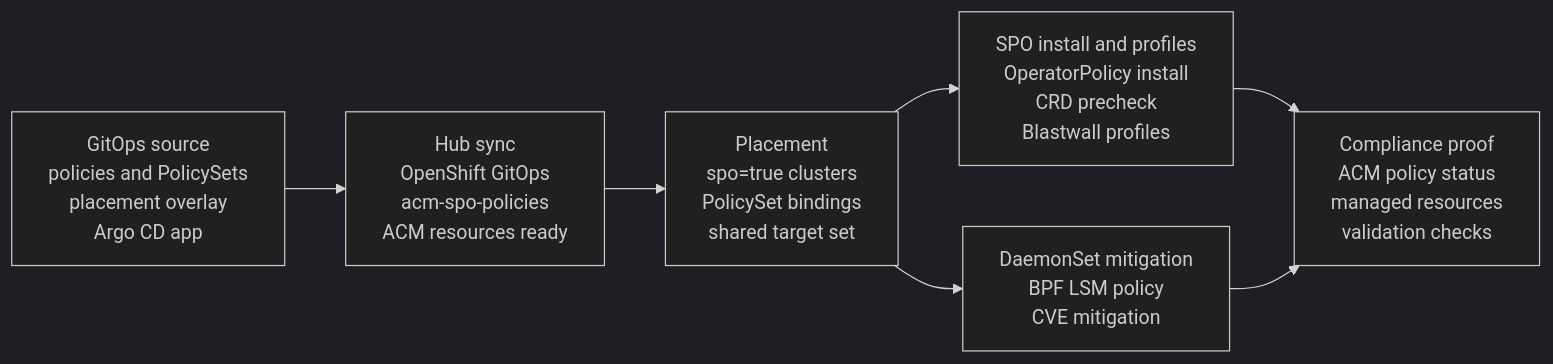
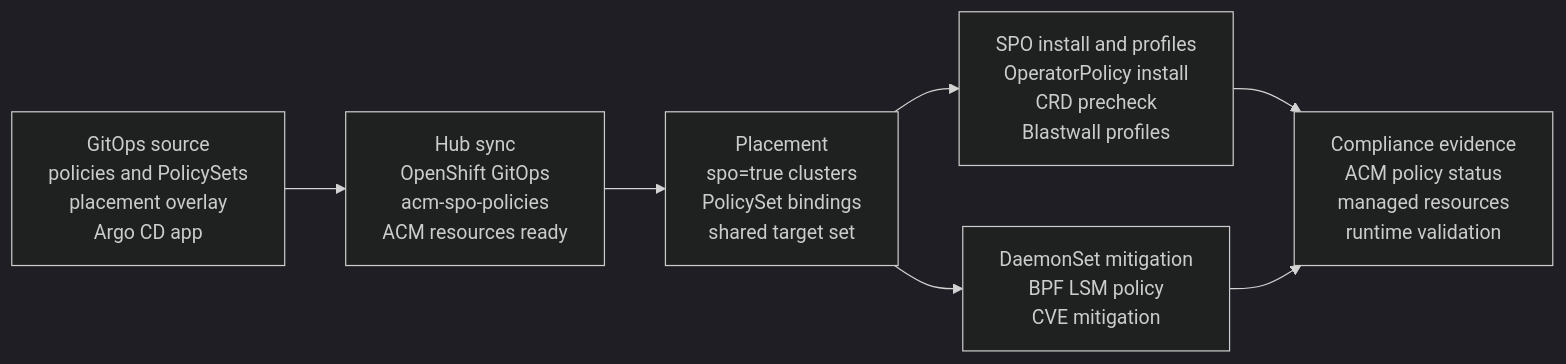
The diagram in docs/assets/diagrams/acm-foil-process-flow.mmd (turbra/acm-foil), drawn with Mermaid (dark theme) before and after one commit. The commit also changed 5 other files, not shown here.

```diff
--- a/docs/assets/diagrams/acm-foil-process-flow.mmd
+++ b/docs/assets/diagrams/acm-foil-process-flow.mmd
@@ -1,11 +1,11 @@
 flowchart LR
     SOURCE["GitOps source<br/>policies and PolicySets<br/>placement overlay<br/>Argo CD app"]
     HUB["Hub sync<br/>OpenShift GitOps<br/>acm-spo-policies<br/>ACM resources ready"]
     PLACEMENT["Placement<br/>spo=true clusters<br/>PolicySet bindings<br/>shared target set"]
     SPO["SPO install and profiles<br/>OperatorPolicy install<br/>CRD precheck<br/>Blastwall profiles"]
     DS["DaemonSet mitigation<br/>BPF LSM policy<br/>CVE mitigation"]
-    PROOF["Compliance proof<br/>ACM policy status<br/>managed resources<br/>validation checks"]
+    PROOF["Compliance evidence<br/>ACM policy status<br/>managed resources<br/>runtime validation"]
 
     SOURCE --> HUB --> PLACEMENT
     PLACEMENT --> SPO --> PROOF
     PLACEMENT --> DS --> PROOF
```
